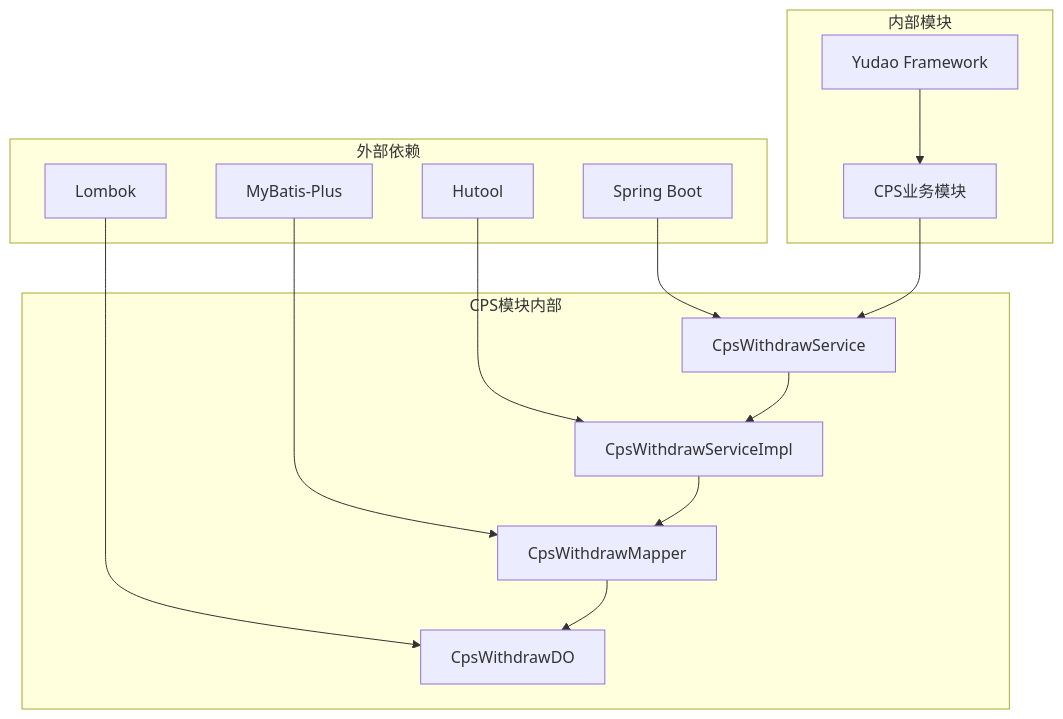
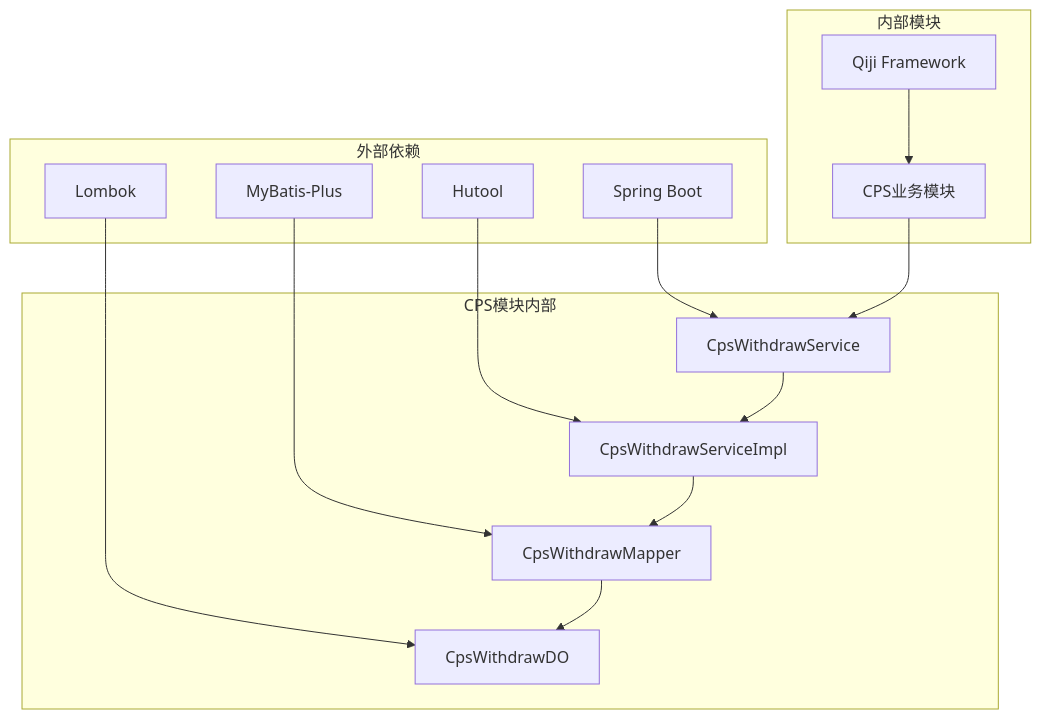
One commit to zhuangpengLI/AgenticCPS changed the eighth of 9 diagrams in backend/.qoder/repowiki/zh/content/API接口文档/管理端管理接口/提现管理接口.md. Above: the diagram before and after it, drawn with Mermaid. The commit also changed other lines of this file and 3489 other files, not shown here.

````diff
--- a/backend/.qoder/repowiki/zh/content/API接口文档/管理端管理接口/提现管理接口.md
+++ b/backend/.qoder/repowiki/zh/content/API接口文档/管理端管理接口/提现管理接口.md
@@ -333,28 +333,28 @@
 ```mermaid
 graph TB
 subgraph "外部依赖"
 A[MyBatis-Plus]
 B[Lombok]
 C[Hutool]
 D[Spring Boot]
 end
 subgraph "内部模块"
-E[Yudao Framework]
+E[Qiji Framework]
 F[CPS业务模块]
 end
 subgraph "CPS模块内部"
 G[CpsWithdrawService]
 H[CpsWithdrawServiceImpl]
 I[CpsWithdrawMapper]
 J[CpsWithdrawDO]
 end
 A --> I
 B --> J
 C --> H
 D --> G
 E --> F
 F --> G
 G --> H
 H --> I
 I --> J
 ```
````
